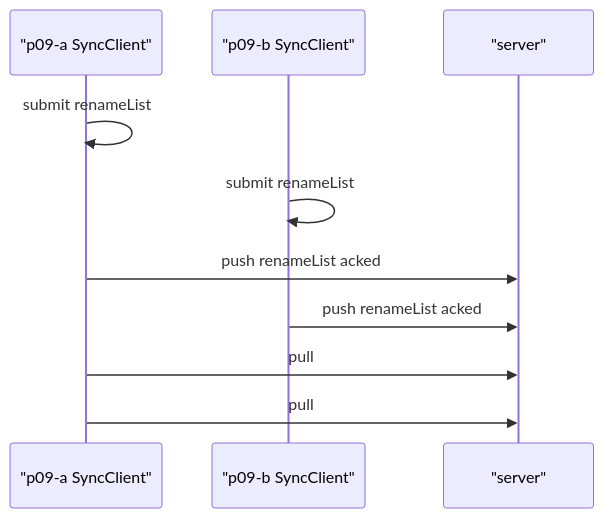
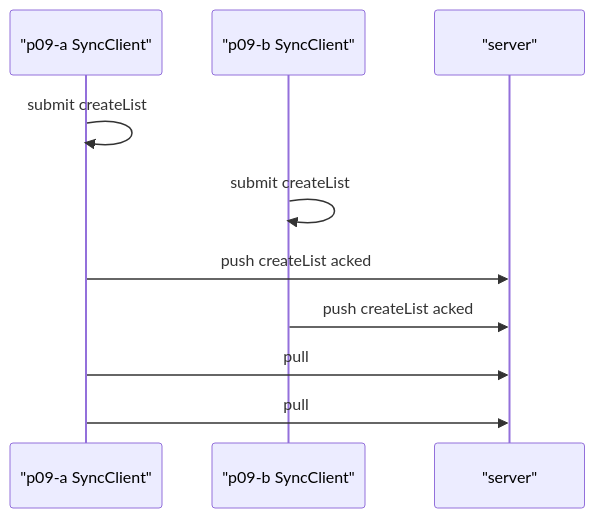
Before and after one commit to pietgk/viviefs: the third of 10 diagrams in docs/evidence/2026-09-22-p09.md, drawn with Mermaid. The commit also changed other lines of this file and 131 other files, not shown here.

````diff
--- a/docs/evidence/2026-09-22-p09.md
+++ b/docs/evidence/2026-09-22-p09.md
@@ -87,12 +87,12 @@
 ```mermaid
 sequenceDiagram
   participant p09_a_SyncClient as "p09-a SyncClient"
   participant p09_b_SyncClient as "p09-b SyncClient"
   participant server as "server"
-  p09_a_SyncClient->>p09_a_SyncClient: submit renameList
-  p09_b_SyncClient->>p09_b_SyncClient: submit renameList
-  p09_a_SyncClient->>server: push renameList acked
-  p09_b_SyncClient->>server: push renameList acked
+  p09_a_SyncClient->>p09_a_SyncClient: submit createList
+  p09_b_SyncClient->>p09_b_SyncClient: submit createList
+  p09_a_SyncClient->>server: push createList acked
+  p09_b_SyncClient->>server: push createList acked
   p09_a_SyncClient->>server: pull
   p09_a_SyncClient->>server: pull
 ```
````
